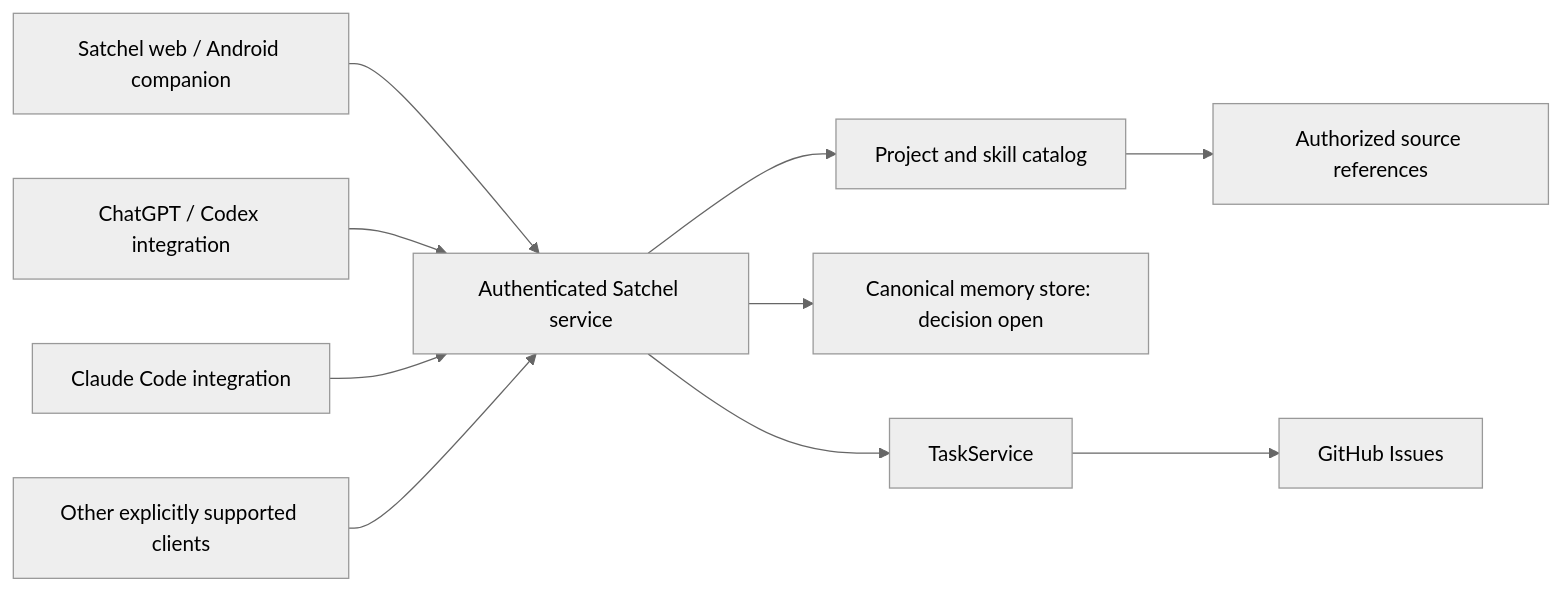
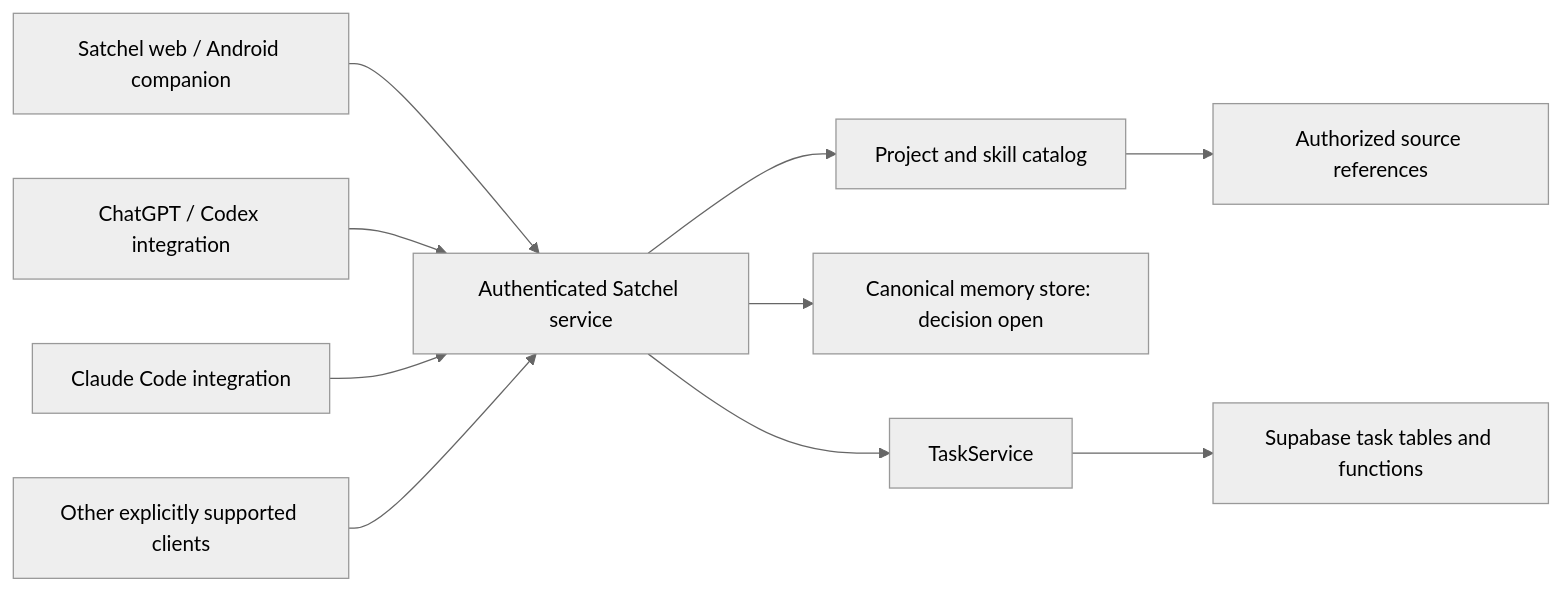
One commit to NeerajG03/satchel changed the diagram in docs/architecture.md. Above: the diagram before and after it, drawn with Mermaid (neutral theme). The commit also changed other lines of this file and 27 other files, not shown here.

Commit message:
Build Supabase-native task management

````diff
--- a/docs/architecture.md
+++ b/docs/architecture.md
@@ -26,12 +26,12 @@
 ```mermaid
 flowchart LR
     C[Satchel web / Android companion] --> A[Authenticated Satchel service]
     O[ChatGPT / Codex integration] --> A
     L[Claude Code integration] --> A
     X[Other explicitly supported clients] --> A
     A --> P[Project and skill catalog]
     A --> M[Canonical memory store: decision open]
     A --> T[TaskService]
-    T --> G[GitHub Issues]
+    T --> G[Supabase task tables and functions]
     P --> S[Authorized source references]
 ```
````
